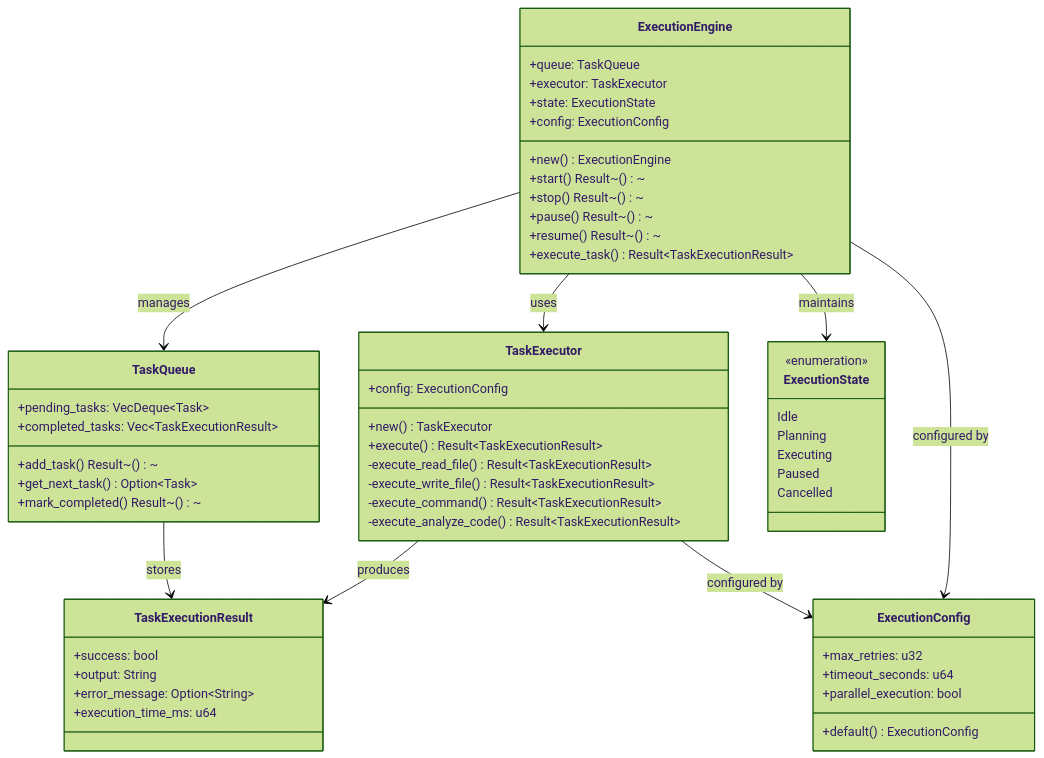
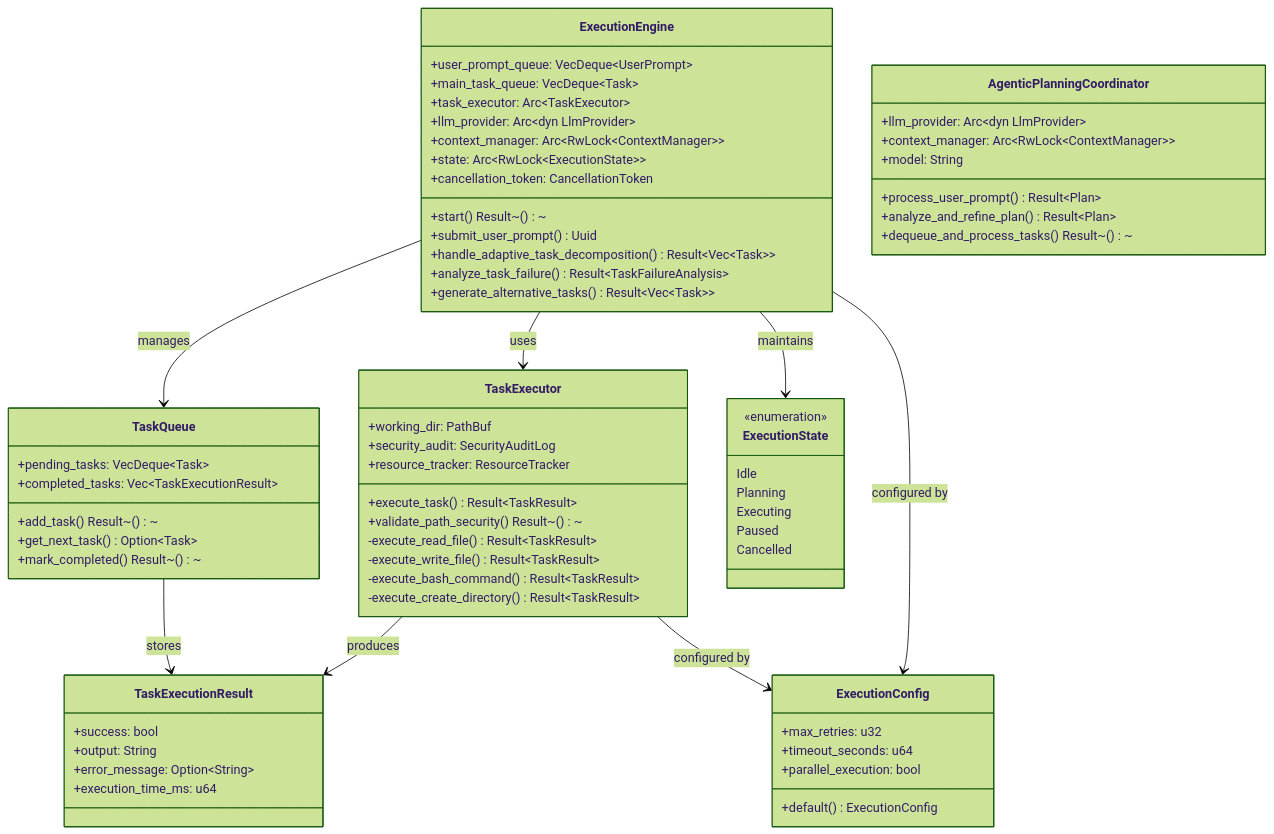
The first of 11 diagrams in docs/component-relationships.md (ReOpsIL/KAIX), drawn with Mermaid (forest theme) before and after one commit. The commit also changed other lines of this file and 5 other files, not shown here.

````diff
--- a/docs/component-relationships.md
+++ b/docs/component-relationships.md
@@ -7,64 +9,77 @@
 ```mermaid
 classDiagram
     class ExecutionEngine {
-        +queue: TaskQueue
-        +executor: TaskExecutor
-        +state: ExecutionState
-        +config: ExecutionConfig
-        +new() ExecutionEngine
+        +user_prompt_queue: VecDeque~UserPrompt~
+        +main_task_queue: VecDeque~Task~
+        +task_executor: Arc~TaskExecutor~
+        +llm_provider: Arc~dyn LlmProvider~
+        +context_manager: Arc~RwLock~ContextManager~~
+        +state: Arc~RwLock~ExecutionState~~
+        +cancellation_token: CancellationToken
         +start() Result~()~
-        +stop() Result~()~
-        +pause() Result~()~
-        +resume() Result~()~
-        +execute_task() Result~TaskExecutionResult~
+        +submit_user_prompt() Uuid
+        +handle_adaptive_task_decomposition() Result~Vec~Task~~
+        +analyze_task_failure() Result~TaskFailureAnalysis~
+        +generate_alternative_tasks() Result~Vec~Task~~
     }
     
     class TaskExecutor {
-        +config: ExecutionConfig
-        +new() TaskExecutor
-        +execute() Result~TaskExecutionResult~
-        -execute_read_file() Result~TaskExecutionResult~
-        -execute_write_file() Result~TaskExecutionResult~
-        -execute_command() Result~TaskExecutionResult~
-        -execute_analyze_code() Result~TaskExecutionResult~
+        +working_dir: PathBuf
+        +security_audit: SecurityAuditLog
+        +resource_tracker: ResourceTracker
+        +execute_task() Result~TaskResult~
+        +validate_path_security() Result~()~
+        -execute_read_file() Result~TaskResult~
+        -execute_write_file() Result~TaskResult~
+        -execute_bash_command() Result~TaskResult~
+        -execute_create_directory() Result~TaskResult~
+    }
+    
+    class AgenticPlanningCoordinator {
+        +llm_provider: Arc~dyn LlmProvider~
+        +context_manager: Arc~RwLock~ContextManager~~
+        +model: String
+        +process_user_prompt() Result~Plan~
+        +analyze_and_refine_plan() Result~Plan~
+        +dequeue_and_process_tasks() Result~()~
     }
     
     class TaskQueue {
         +pending_tasks: VecDeque~Task~
         +completed_tasks: Vec~TaskExecutionResult~
         +add_task() Result~()~
         +get_next_task() Option~Task~
         +mark_completed() Result~()~
     }
     
     class ExecutionState {
         <<enumeration>>
         Idle
         Planning
         Executing
         Paused
         Cancelled
     }
     
     class ExecutionConfig {
         +max_retries: u32
         +timeout_seconds: u64
         +parallel_execution: bool
         +default() ExecutionConfig
     }
     
     class TaskExecutionResult {
         +success: bool
         +output: String
         +error_message: Option~String~
         +execution_time_ms: u64
     }
     
     ExecutionEngine --> TaskQueue : manages
     ExecutionEngine --> TaskExecutor : uses
     ExecutionEngine --> ExecutionState : maintains
     ExecutionEngine --> ExecutionConfig : configured by
     TaskExecutor --> ExecutionConfig : configured by
     TaskExecutor --> TaskExecutionResult : produces
     TaskQueue --> TaskExecutionResult : stores
 ```
````
